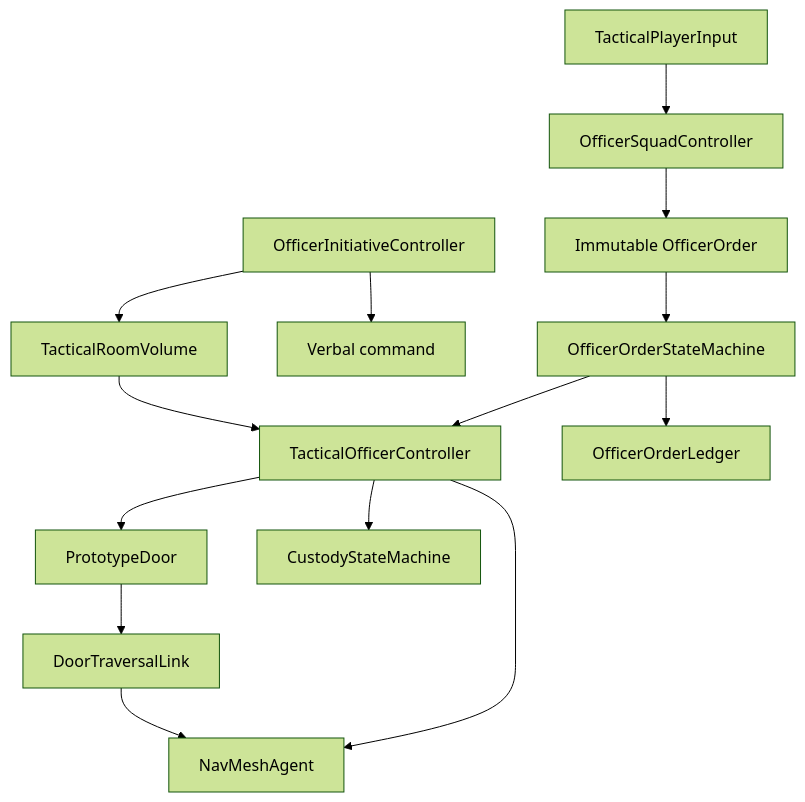
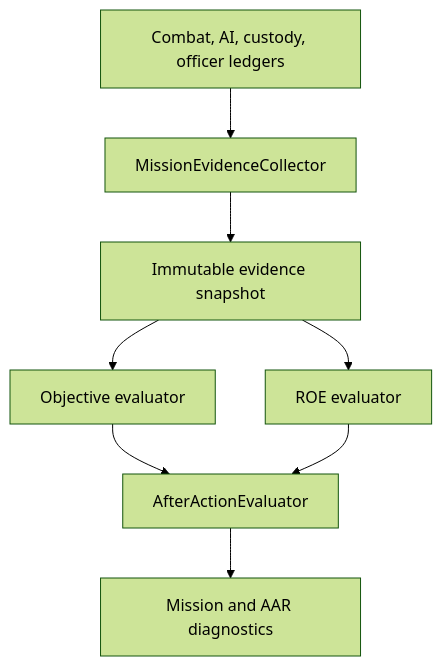
The diagram in SYSTEM_MAP.md (jaychase464-maker/RoE-v3), drawn with Mermaid (forest theme) before and after one commit. The commit also changed other lines of this file and 61 other files, not shown here.

Commit message:
Complete Milestone 5 mission ROE and after-action prototype

````diff
--- a/SYSTEM_MAP.md
+++ b/SYSTEM_MAP.md
@@ -5,16 +5,10 @@
 ```mermaid
 flowchart TD
-    Input[TacticalPlayerInput] --> Squad[OfficerSquadController]
-    Squad --> Order[Immutable OfficerOrder]
-    Order --> Lifecycle[OfficerOrderStateMachine]
-    Lifecycle --> Execution[TacticalOfficerController]
-    Execution --> Navigation[NavMeshAgent]
-    Execution --> Door[PrototypeDoor]
-    Door --> Link[DoorTraversalLink]
-    Link --> Navigation
-    Initiative[OfficerInitiativeController] --> Challenge[Verbal command]
-    Initiative --> Room[TacticalRoomVolume]
-    Room --> Execution
-    Execution --> Custody[CustodyStateMachine]
-    Lifecycle --> Ledger[OfficerOrderLedger]
+    Facts[Combat, AI, custody, officer ledgers] --> Collector[MissionEvidenceCollector]
+    Collector --> Snapshot[Immutable evidence snapshot]
+    Snapshot --> Objectives[Objective evaluator]
+    Snapshot --> ROE[ROE evaluator]
+    Objectives --> Report[AfterActionEvaluator]
+    ROE --> Report
+    Report --> UI[Mission and AAR diagnostics]
 ```
````
